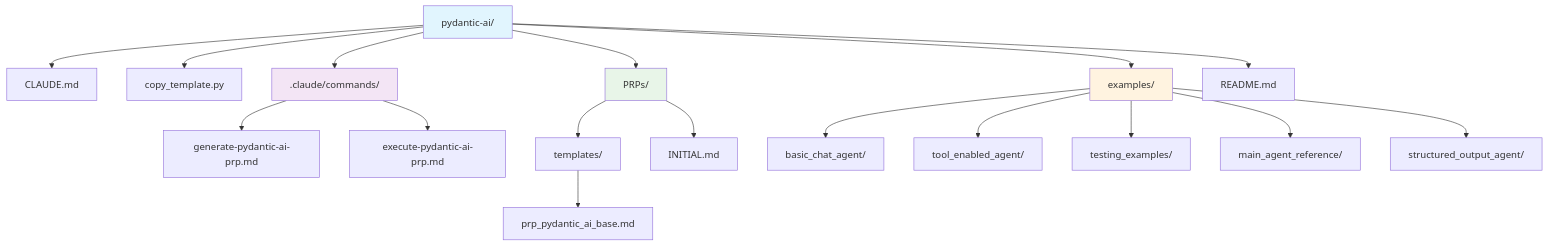
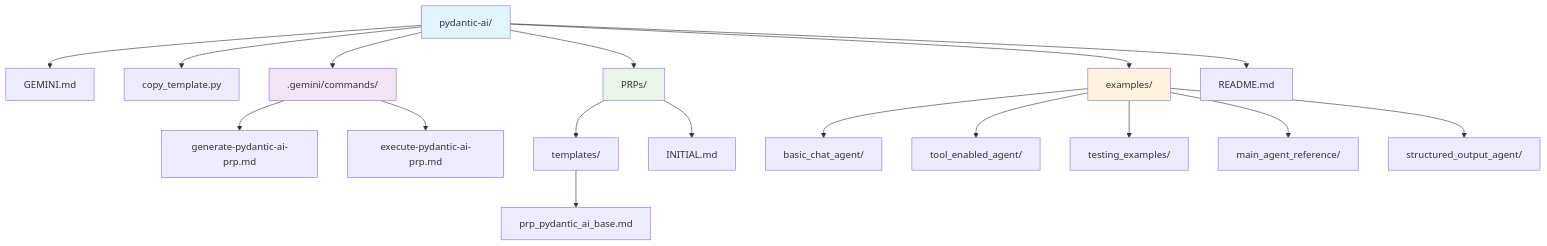
Before and after one commit to kevin801221/gemini-code-context-engineering-template: the fourth of 12 diagrams in use-cases/pydantic-ai/README.md, drawn with Mermaid. The commit also changed other lines of this file and 42 other files, not shown here.

Commit message:
Migrate from Claude to Gemini context engineering template

````diff
--- a/use-cases/pydantic-ai/README.md
+++ b/use-cases/pydantic-ai/README.md
@@ -154,28 +154,28 @@
 ```mermaid
 graph TD
-    A[pydantic-ai/] --> B[CLAUDE.md]
+    A[pydantic-ai/] --> B[GEMINI.md]
     A --> C[copy_template.py]
-    A --> D[.claude/commands/]
+    A --> D[.gemini/commands/]
     A --> E[PRPs/]
     A --> F[examples/]
     A --> G[README.md]
     
     D --> D1[generate-pydantic-ai-prp.md]
     D --> D2[execute-pydantic-ai-prp.md]
     
     E --> E1[templates/]
     E --> E2[INITIAL.md]
     
     E1 --> E11[prp_pydantic_ai_base.md]
     
     F --> F1[basic_chat_agent/]
     F --> F2[tool_enabled_agent/]
     F --> F3[testing_examples/]
     F --> F4[main_agent_reference/]
     F --> F5[structured_output_agent/]
     
     style A fill:#e1f5fe
     style D fill:#f3e5f5
     style E fill:#e8f5e8
     style F fill:#fff3e0
 ```
````
